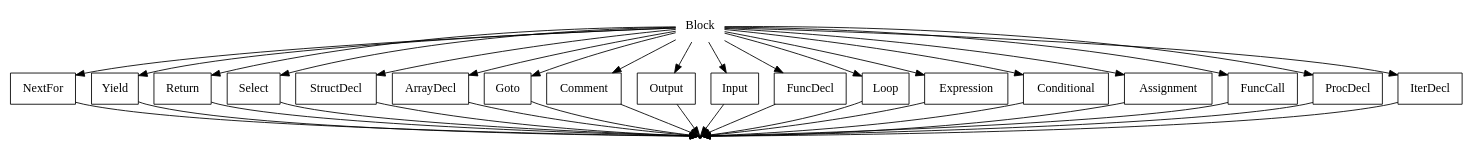
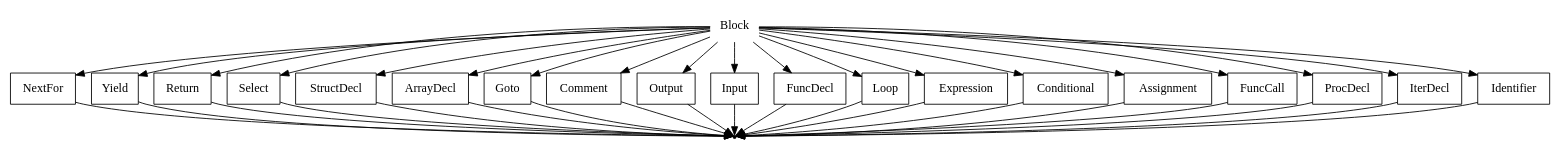
The diagram in DSLTools/examples/PSECO_NEW/wirth/Block.gv (EgorGoluzin/DSL), drawn with Graphviz before and after one commit. The commit also changed 17 other files, not shown here.

```diff
--- a/DSLTools/examples/PSECO_NEW/wirth/Block.gv
+++ b/DSLTools/examples/PSECO_NEW/wirth/Block.gv
@@ -1,58 +1,61 @@
 digraph Block {
   start [label="Block" shape=plaintext];
   A [label="NextFor" shape=box];
   B [label="Yield" shape=box];
   C [label="Return" shape=box];
   D [label="Select" shape=box];
   E [label="StructDecl" shape=box];
   F [label="ArrayDecl" shape=box];
   G [label="Goto" shape=box];
   H [label="Comment" shape=box];
   I [label="Output" shape=box];
   J [label="Input" shape=box];
   K [label="FuncDecl" shape=box];
   L [label="Loop" shape=box];
   M [label="Expression" shape=box];
   N [label="Conditional" shape=box];
   O [label="Assignment" shape=box];
   P [label="FuncCall" shape=box];
   Q [label="ProcDecl" shape=box];
   R [label="IterDecl" shape=box];
+  S [label="Identifier" shape=box];
   end [label="" shape=point];
+  start -> S;
   start -> R;
   start -> Q;
   start -> P;
   start -> O;
   start -> N;
   start -> M;
   start -> L;
   start -> K;
   start -> J;
   start -> I;
   start -> H;
   start -> G;
   start -> F;
   start -> E;
   start -> D;
   start -> C;
   start -> B;
   start -> A;
   A -> end;
   B -> end;
   C -> end;
   D -> end;
   E -> end;
   F -> end;
   G -> end;
   H -> end;
   I -> end;
   J -> end;
   K -> end;
   L -> end;
   M -> end;
   N -> end;
   O -> end;
   P -> end;
   Q -> end;
   R -> end;
+  S -> end;
 }
```
